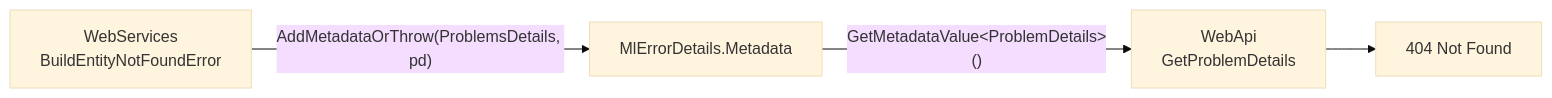
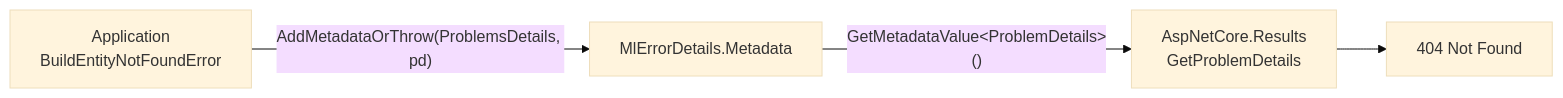
The diagram in src/MoralesLarios.OOFP.Shared/README.md (moraleslarios/FOOP), drawn with Mermaid (base theme) before and after one commit. The commit also changed other lines of this file and 56 other files, not shown here.

````diff
--- a/src/MoralesLarios.OOFP.Shared/README.md
+++ b/src/MoralesLarios.OOFP.Shared/README.md
@@ -82,6 +82,6 @@
 ```mermaid
 flowchart LR
-    A["WebServices<br/>BuildEntityNotFoundError"] -->|"AddMetadataOrThrow(ProblemsDetails, pd)"| B["MlErrorDetails.Metadata"]
-    B -->|"GetMetadataValue&lt;ProblemDetails&gt;()"| C["WebApi<br/>GetProblemDetails"]
+    A["Application<br/>BuildEntityNotFoundError"] -->|"AddMetadataOrThrow(ProblemsDetails, pd)"| B["MlErrorDetails.Metadata"]
+    B -->|"GetMetadataValue&lt;ProblemDetails&gt;()"| C["AspNetCore.Results<br/>GetProblemDetails"]
     C --> D["404 Not Found"]
 ```
````
